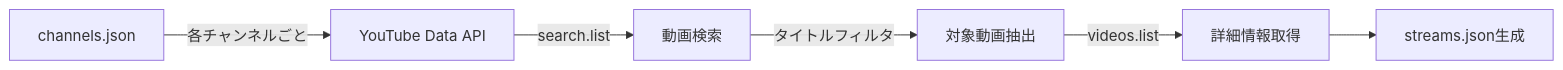
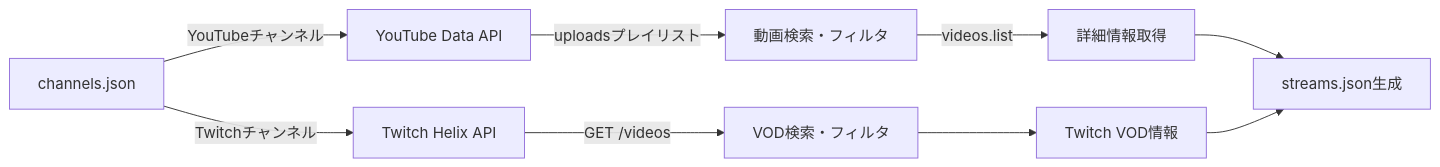
The second of 2 diagrams in SPEC.md (Atotti/madtown-timetable), drawn with Mermaid before and after one commit. The commit also changed other lines of this file and 34 other files, not shown here.

````diff
--- a/SPEC.md
+++ b/SPEC.md
@@ -152,8 +170,11 @@
 ```mermaid
 graph LR
-    A[channels.json] -->|各チャンネルごと| B[YouTube Data API]
-    B -->|search.list| C[動画検索]
-    C -->|タイトルフィルタ| D[対象動画抽出]
-    D -->|videos.list| E[詳細情報取得]
-    E --> F[streams.json生成]
+    A[channels.json] -->|YouTubeチャンネル| B[YouTube Data API]
+    A -->|Twitchチャンネル| C[Twitch Helix API]
+    B -->|uploadsプレイリスト| D[動画検索・フィルタ]
+    C -->|GET /videos| E[VOD検索・フィルタ]
+    D -->|videos.list| F[詳細情報取得]
+    E --> G[Twitch VOD情報]
+    F --> H[streams.json生成]
+    G --> H
 ```
````
